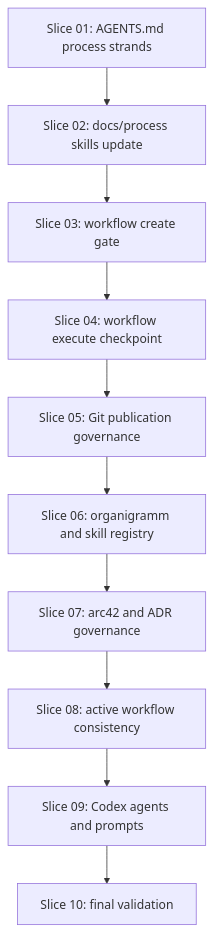
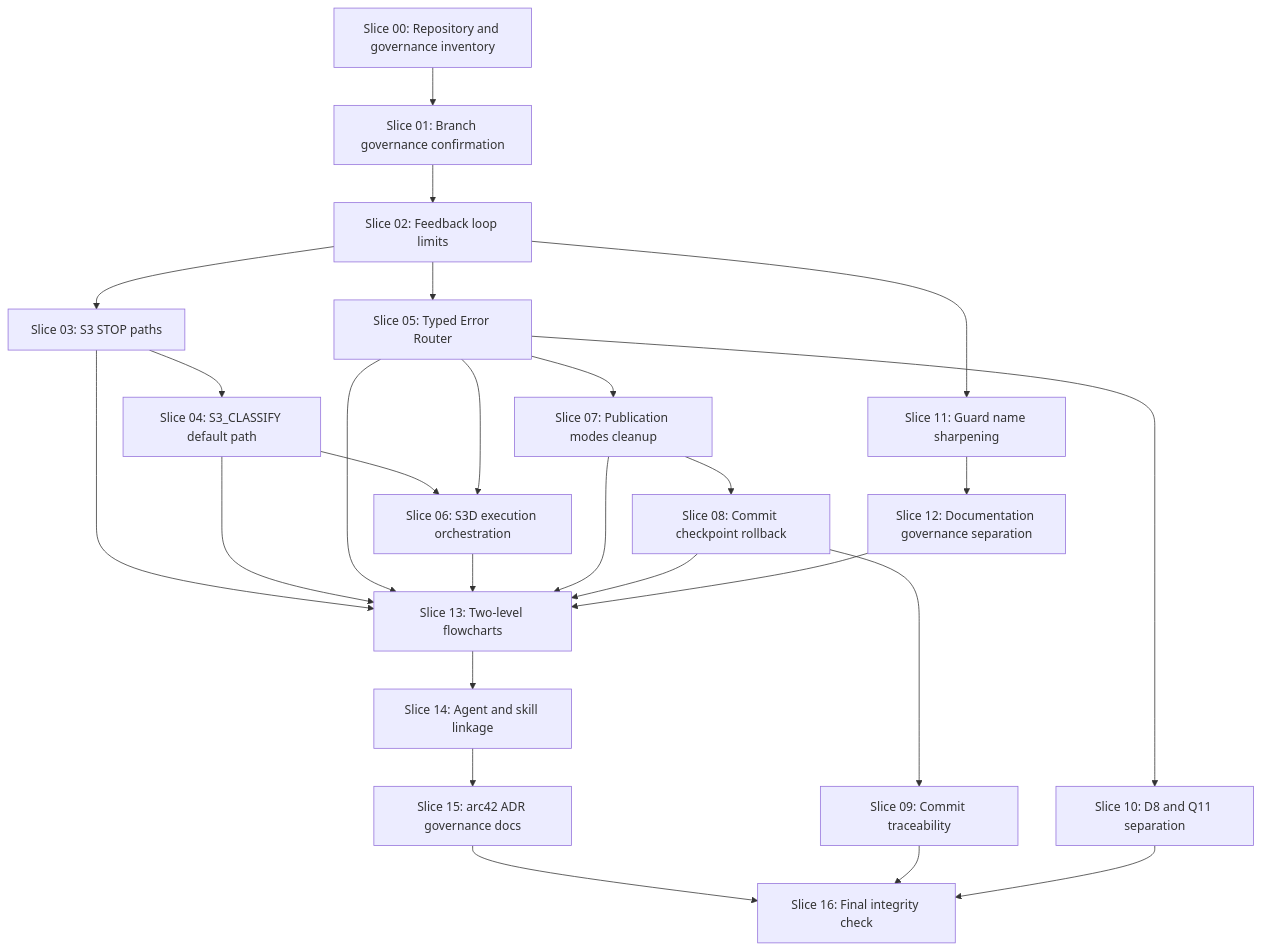
One commit to MatthiasBurger-Coder/forensic_analytics changed the diagram in docs/workflow/slice-dependency-map.md. Above: the diagram before and after it, drawn with Mermaid. The commit also changed other lines of this file and 6 other files, not shown here.

First line of the commit message:
docs(workflow): create governance flowchart workflow

````diff
--- a/docs/workflow/slice-dependency-map.md
+++ b/docs/workflow/slice-dependency-map.md
@@ -5,23 +5,37 @@
 ```mermaid
 flowchart TD
-  S01["Slice 01: AGENTS.md process strands"]
-  S02["Slice 02: docs/process skills update"]
-  S03["Slice 03: workflow create gate"]
-  S04["Slice 04: workflow execute checkpoint"]
-  S05["Slice 05: Git publication governance"]
-  S06["Slice 06: organigramm and skill registry"]
-  S07["Slice 07: arc42 and ADR governance"]
-  S08["Slice 08: active workflow consistency"]
-  S09["Slice 09: Codex agents and prompts"]
-  S10["Slice 10: final validation"]
+  S00["Slice 00: Repository and governance inventory"]
+  S01["Slice 01: Branch governance confirmation"]
+  S02["Slice 02: Feedback loop limits"]
+  S03["Slice 03: S3 STOP paths"]
+  S04["Slice 04: S3_CLASSIFY default path"]
+  S05["Slice 05: Typed Error Router"]
+  S06["Slice 06: S3D execution orchestration"]
+  S07["Slice 07: Publication modes cleanup"]
+  S08["Slice 08: Commit checkpoint rollback"]
+  S09["Slice 09: Commit traceability"]
+  S10["Slice 10: D8 and Q11 separation"]
+  S11["Slice 11: Guard name sharpening"]
+  S12["Slice 12: Documentation governance separation"]
+  S13["Slice 13: Two-level flowcharts"]
+  S14["Slice 14: Agent and skill linkage"]
+  S15["Slice 15: arc42 ADR governance docs"]
+  S16["Slice 16: Final integrity check"]
 
-  S01 --> S02
-  S02 --> S03
-  S03 --> S04
-  S04 --> S05
-  S05 --> S06
-  S06 --> S07
-  S07 --> S08
-  S08 --> S09
-  S09 --> S10
+  S00 --> S01 --> S02
+  S02 --> S03 --> S04 --> S06
+  S02 --> S05 --> S06
+  S05 --> S07 --> S08 --> S09
+  S05 --> S10
+  S02 --> S11 --> S12
+  S03 --> S13
+  S04 --> S13
+  S05 --> S13
+  S06 --> S13
+  S07 --> S13
+  S08 --> S13
+  S12 --> S13
+  S13 --> S14 --> S15 --> S16
+  S09 --> S16
+  S10 --> S16
 ```
````
